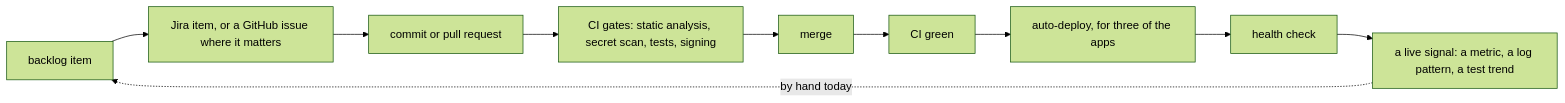
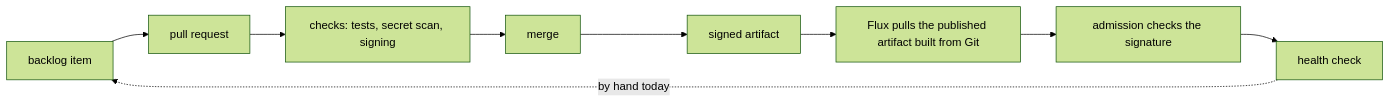
The diagram in docs/ai-dev.md (schultzzznet/schultzzznet), drawn with Mermaid (forest theme) before and after one commit. The commit also changed other lines of this file and 30 other files, not shown here.

````diff
--- a/docs/ai-dev.md
+++ b/docs/ai-dev.md
@@ -33,12 +35,11 @@
 ```mermaid
 flowchart LR
-  B["backlog item"] --> ISS["Jira item, or a GitHub issue where it matters"]
-  ISS --> PR["commit or pull request"]
-  PR --> GATE["CI gates: static analysis, secret scan, tests, signing"]
+  B["backlog item"] --> PR["pull request"]
+  PR --> GATE["checks: tests, secret scan, signing"]
   GATE --> MERGE["merge"]
-  MERGE --> CI["CI green"]
-  CI --> DEPLOY["auto-deploy, for three of the apps"]
-  DEPLOY --> HEALTH["health check"]
-  HEALTH --> SIG["a live signal: a metric, a log pattern, a test trend"]
-  SIG -.->|"by hand today"| B
+  MERGE --> ART["signed artifact"]
+  ART --> FLUX["Flux pulls the published artifact built from Git"]
+  FLUX --> ADM["admission checks the signature"]
+  ADM --> HEALTH["health check"]
+  HEALTH -.->|"by hand today"| B
 ```
````
